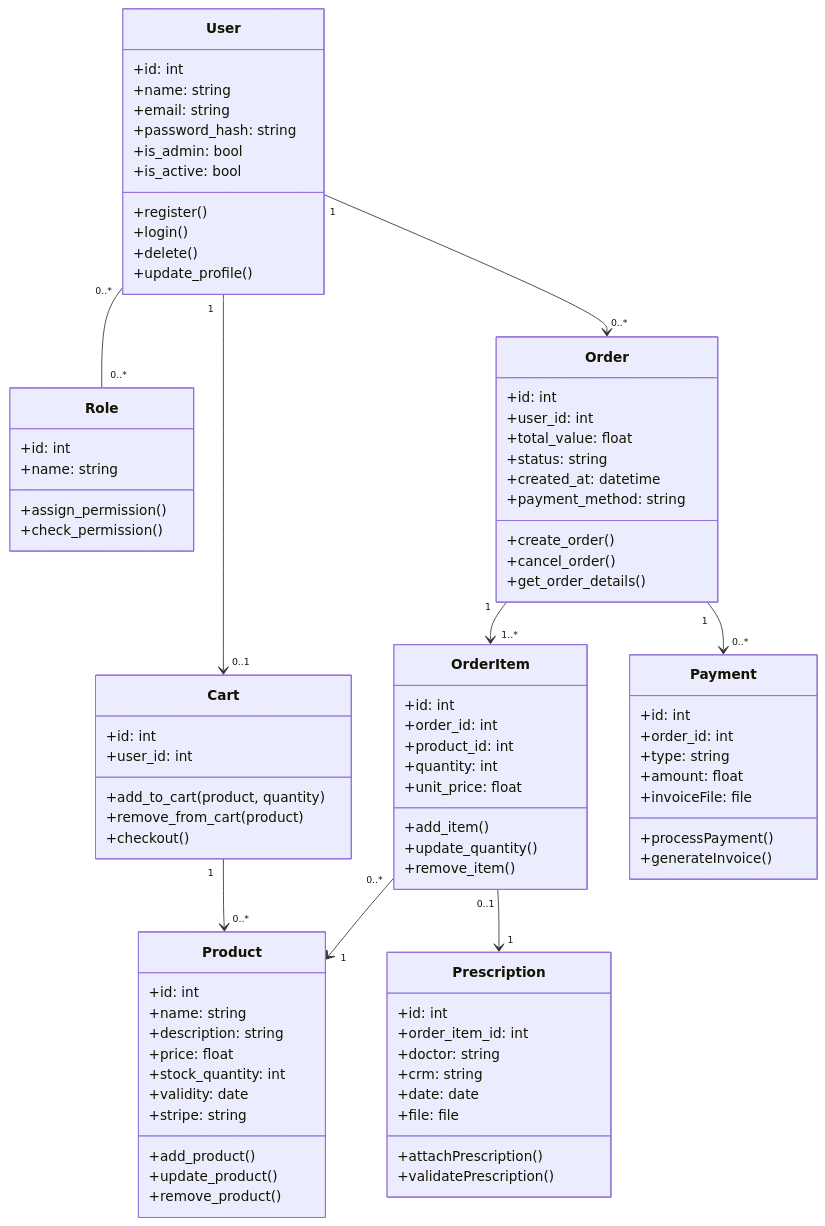
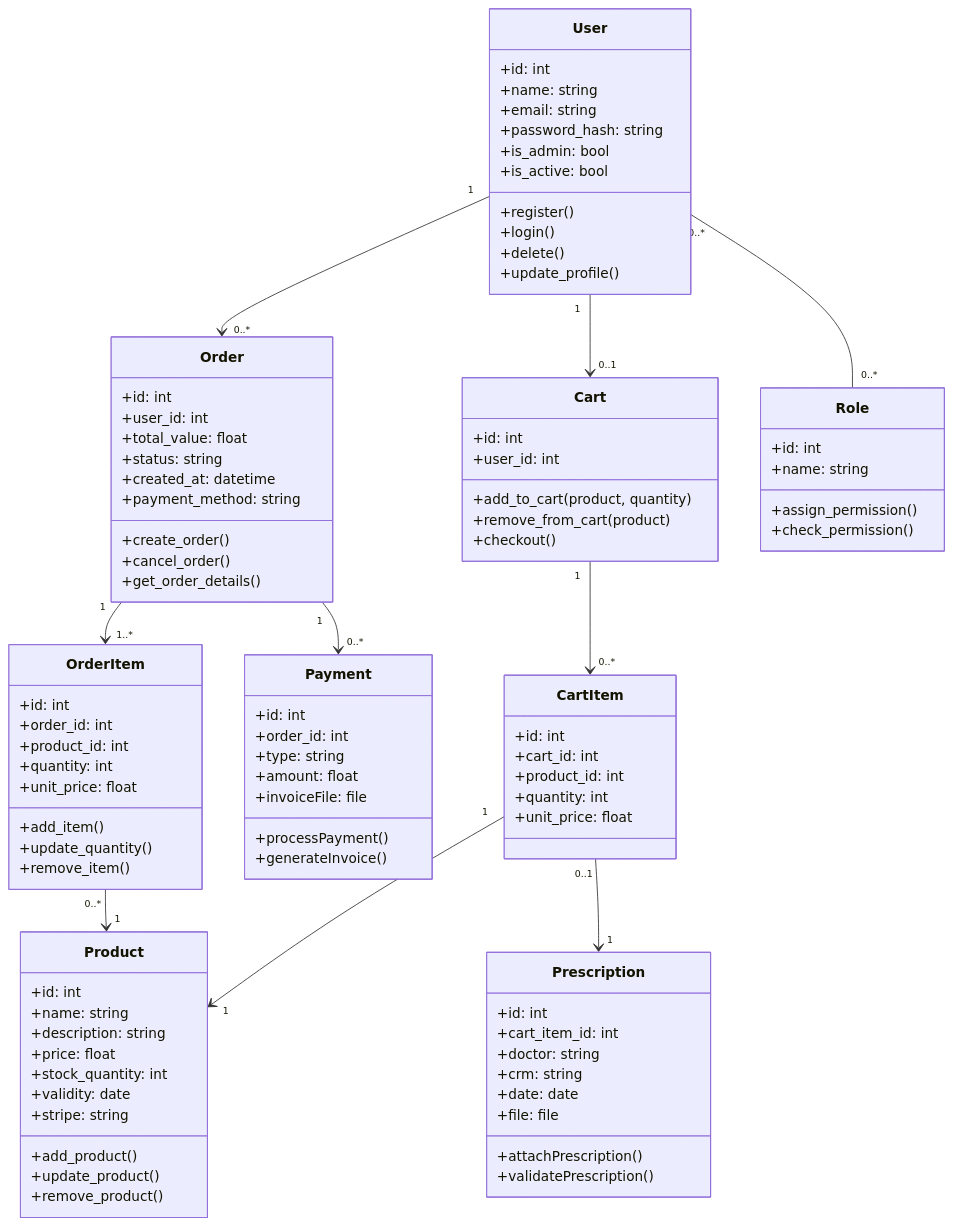
One commit to Drugstore-project/Documentation changed the diagram in README.md. Above: the diagram before and after it, drawn with Mermaid.

Commit message:
Test mermaid

````diff
--- a/README.md
+++ b/README.md
@@ -3,6 +3,6 @@
 ```mermaid
 classDiagram
-       class User {
+    class User {
       +id: int
       +name: string
       +email: string
@@ -65,6 +65,15 @@
       +remove_from_cart(product)
       +checkout()
     }
+
+    class CartItem {
+      +id: int
+      +cart_id: int
+      +product_id: int
+      +quantity: int
+      +unit_price: float
+    }
+
     class Payment {
       +id: int
       +order_id: int
@@ -77,7 +86,7 @@
 
     class Prescription {
       +id: int
-      +order_item_id: int
+      +cart_item_id: int
       +doctor: string
       +crm: string
       +date: date
@@ -92,6 +101,7 @@
     Order "1" --> "1..*" OrderItem
     Order "1" --> "0..*" Payment
     OrderItem "0..*" --> "1" Product
-    OrderItem "0..1" --> "1" Prescription
-    Cart "1" --> "0..*" Product
+    Cart "1" --> "0..*" CartItem
+    CartItem "1" --> "1" Product
+    CartItem "0..1" --> "1" Prescription
 ```
````
